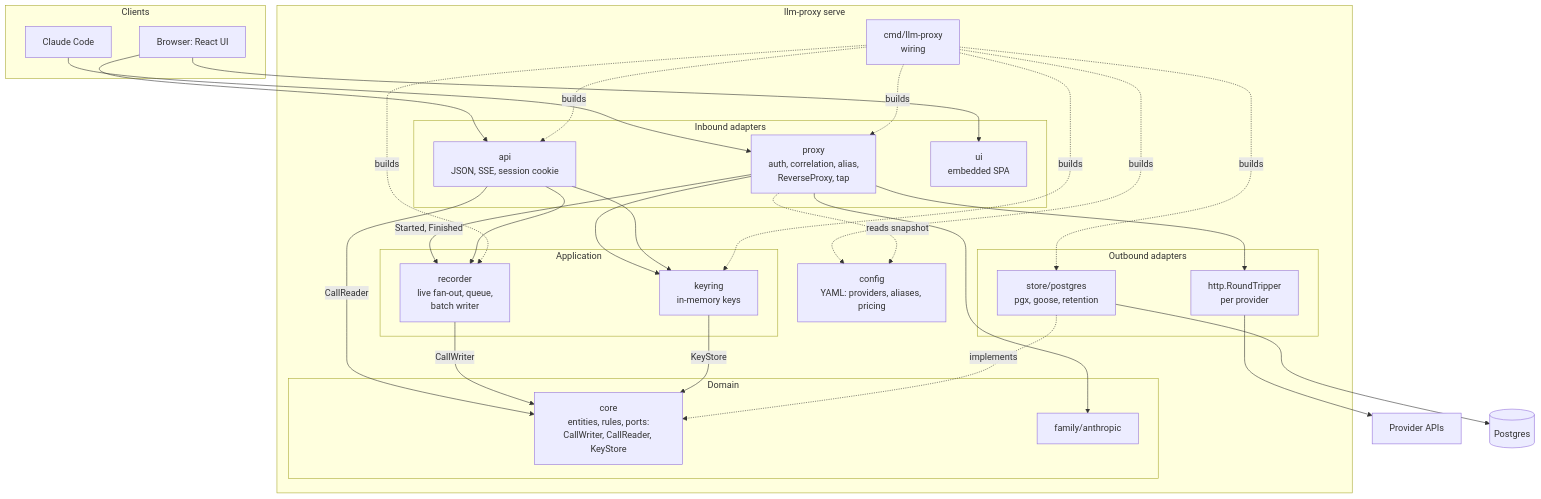
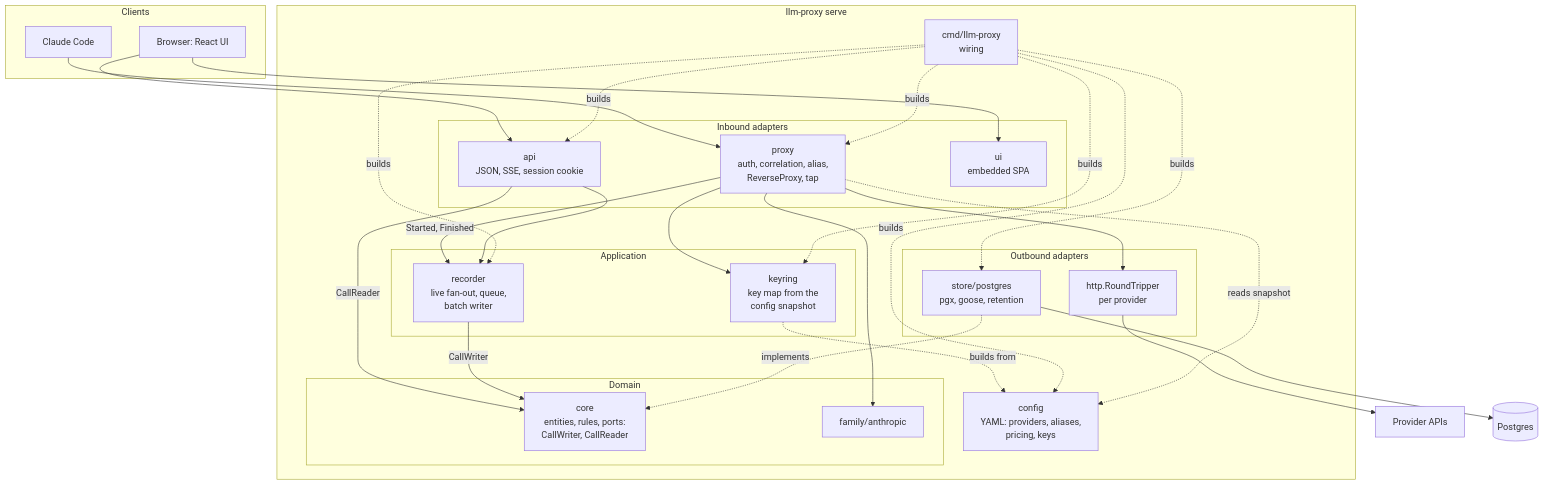
Before and after one commit to mtanzi/llm-proxy: the first of 3 diagrams in docs/architecture/backend.md, drawn with Mermaid. The commit also changed other lines of this file and 5 other files, not shown here.

First line of the commit message:
docs: keep virtual keys in the config file

````diff
--- a/docs/architecture/backend.md
+++ b/docs/architecture/backend.md
@@ -27,49 +28,48 @@
 ```mermaid
 flowchart TB
     subgraph clients[Clients]
         cc[Claude Code]
         br[Browser: React UI]
     end
 
     subgraph bin[llm-proxy serve]
         subgraph inbound[Inbound adapters]
             proxy["proxy<br/>auth, correlation, alias,<br/>ReverseProxy, tap"]
             api["api<br/>JSON, SSE, session cookie"]
             ui["ui<br/>embedded SPA"]
         end
         subgraph app[Application]
-            keyring["keyring<br/>in-memory keys"]
+            keyring["keyring<br/>key map from the<br/>config snapshot"]
             recorder["recorder<br/>live fan-out, queue,<br/>batch writer"]
         end
         subgraph domain[Domain]
-            core["core<br/>entities, rules, ports:<br/>CallWriter, CallReader, KeyStore"]
+            core["core<br/>entities, rules, ports:<br/>CallWriter, CallReader"]
             fam["family/anthropic"]
         end
         subgraph outbound[Outbound adapters]
             pgs["store/postgres<br/>pgx, goose, retention"]
             rt["http.RoundTripper<br/>per provider"]
         end
-        cfg["config<br/>YAML: providers, aliases, pricing"]
+        cfg["config<br/>YAML: providers, aliases,<br/>pricing, keys"]
         wiring["cmd/llm-proxy<br/>wiring"]
     end
 
     up[Provider APIs]
     pg[(Postgres)]
 
     cc --> proxy
     br --> ui
     br --> api
     proxy --> keyring
     proxy --> fam
     proxy -->|Started, Finished| recorder
     proxy --> rt --> up
     api --> recorder
-    api --> keyring
     api -->|CallReader| core
     recorder -->|CallWriter| core
-    keyring -->|KeyStore| core
+    keyring -.builds from.-> cfg
     pgs -.implements.-> core
     pgs --> pg
     wiring -.builds.-> proxy & api & recorder & keyring & pgs & cfg
     proxy -.reads snapshot.-> cfg
 ```
````
